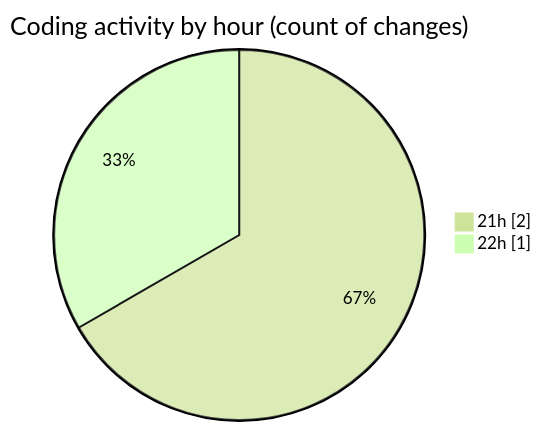
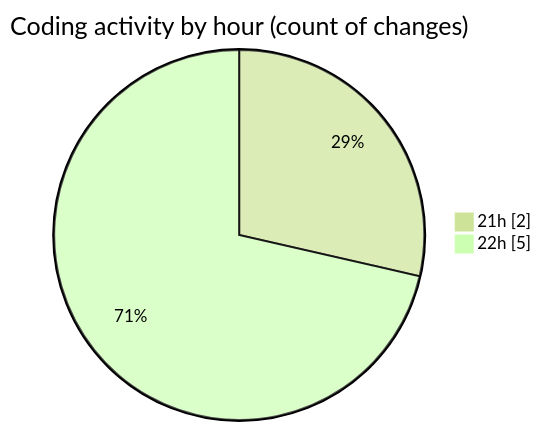
One commit to Elitesun/code-tracking changed the second of 2 diagrams in 2025-02-20/projet/README.md. Above: the diagram before and after it, drawn with Mermaid (forest theme). The commit also changed other lines of this file and 1 other file, not shown here.

````diff
--- a/2025-02-20/projet/README.md
+++ b/2025-02-20/projet/README.md
@@ -28,6 +29,6 @@
 ```mermaid
 pie showData
 title Coding activity by hour (count of changes)
 "21h" : 2
-"22h" : 1
+"22h" : 5
 ```
````
